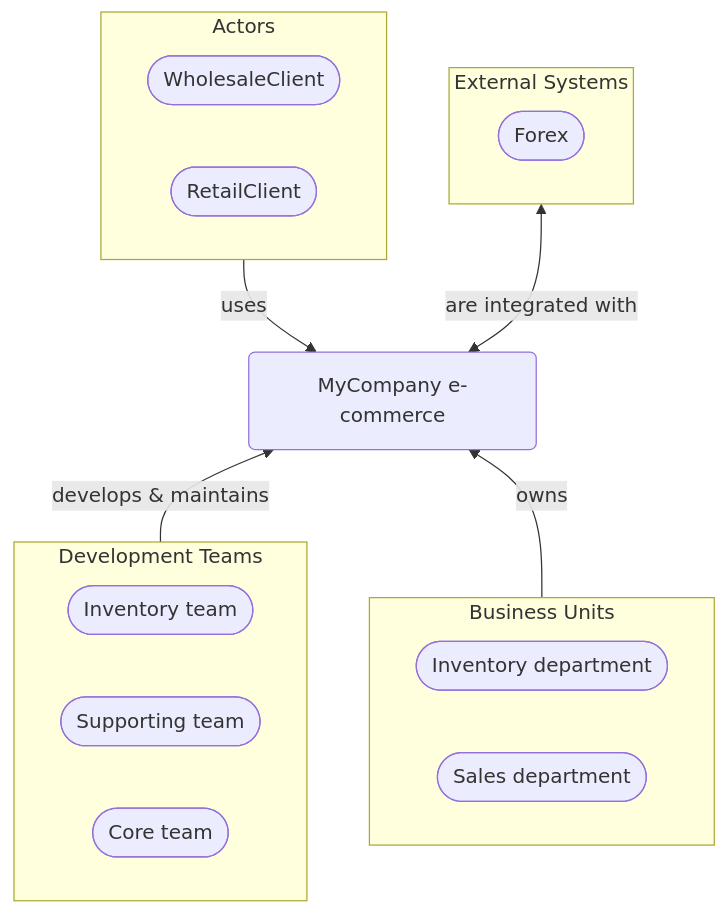
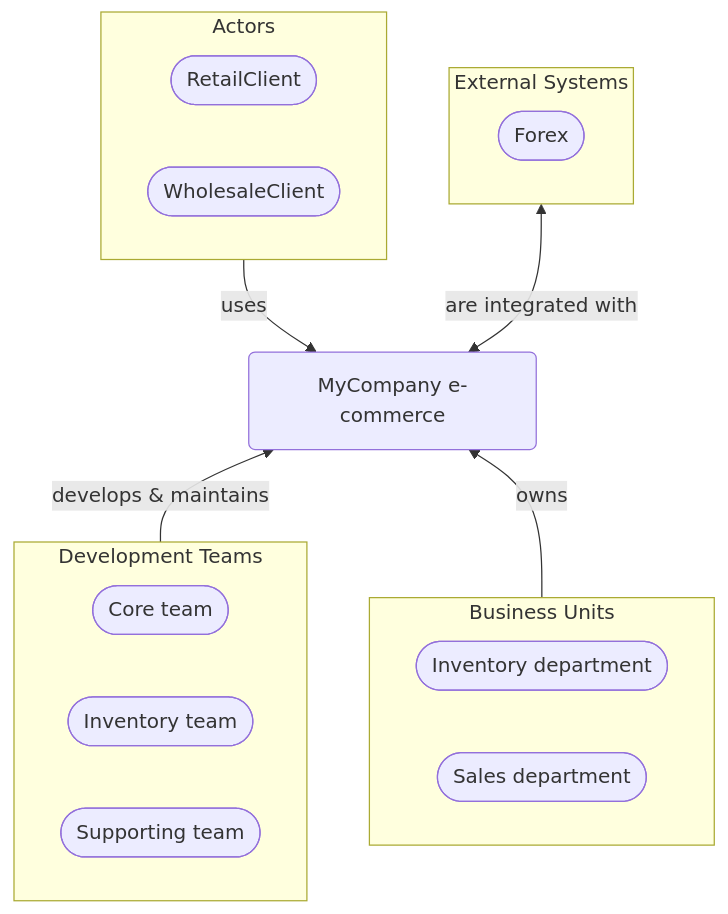
One commit to itlibrium/DDD-starter-dotnet changed the diagram in Docs/P3/MermaidOutput/README.md. Above: the diagram before and after it, drawn with Mermaid. The commit also changed other lines of this file and 231 other files, not shown here.

````diff
--- a/Docs/P3/MermaidOutput/README.md
+++ b/Docs/P3/MermaidOutput/README.md
@@ -7,32 +11,32 @@
 ```mermaid
   flowchart TB
     0(MyCompany e-commerce)
     subgraph 1["Actors"]
-      2([WholesaleClient])
-      3([RetailClient])
+      2([RetailClient])
+      3([WholesaleClient])
     end
     1-->|uses|0
     subgraph 4["External Systems"]
       5([Forex])
     end
     4<-->|are integrated with|0
     subgraph 6["Development Teams"]
-      7([Inventory team])
-      8([Supporting team])
-      9([Core team])
+      7([Core team])
+      8([Inventory team])
+      9([Supporting team])
     end
     0---6
     6-->|develops & maintains|0
     6---0
     subgraph 10["Business Units"]
       11([Inventory department])
       12([Sales department])
     end
     0---10
     10-->|owns|0
     10---0
     linkStyle 2,4,5,7 stroke:none
     classDef DomainPerspective stroke:#009900
     classDef TechnologyPerspective stroke:#1F41EB
     classDef PeoplePerspective stroke:#FFF014
 ```
````
